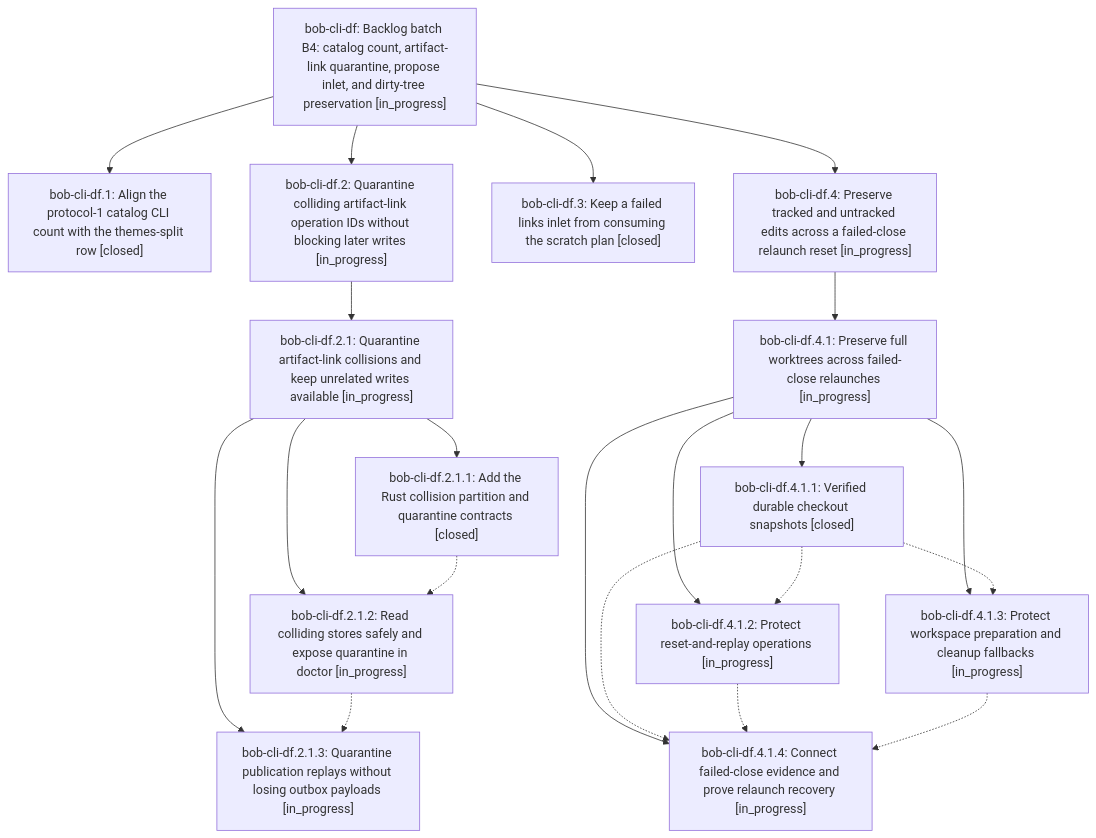
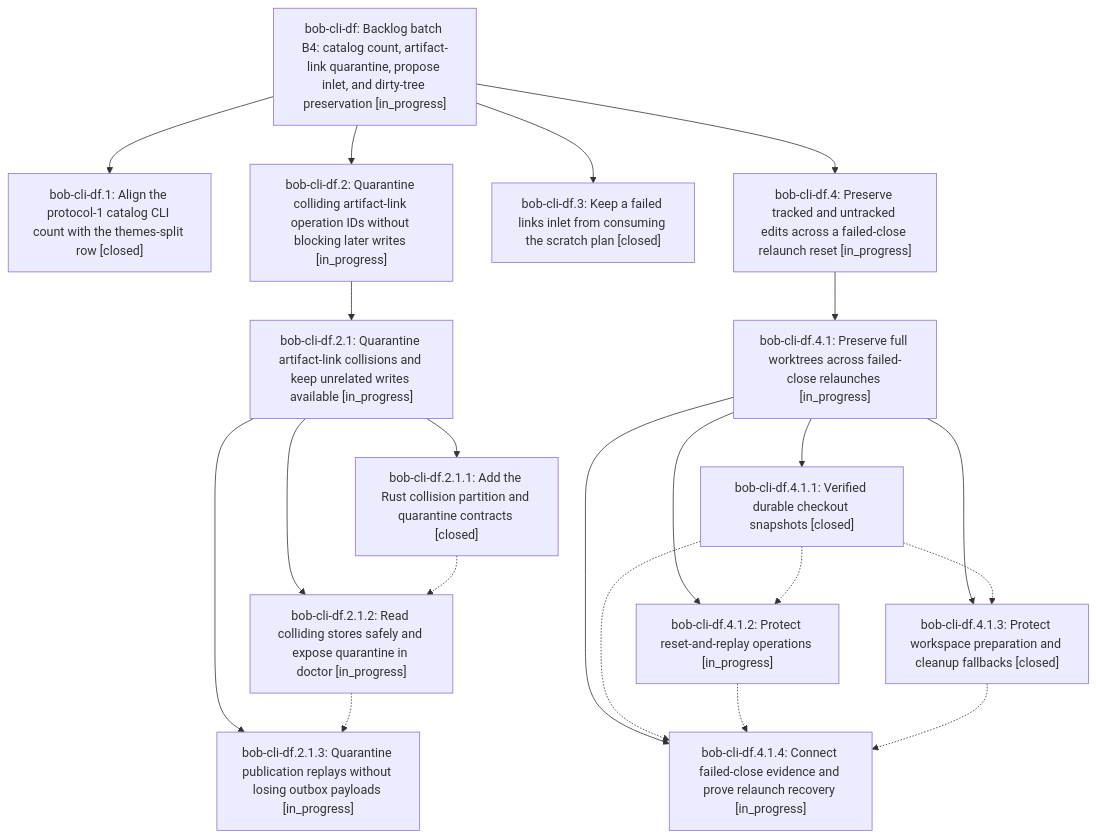
The diagram in pages/bob-cli-df/README.md (bobs-org/bob-cli--beads), drawn with Mermaid before and after one commit. The commit also changed other lines of this file and 8 other files, not shown here.

First line of the commit message:
chore(beads): sync bead state and pages for bob-cli-df

````diff
--- a/pages/bob-cli-df/README.md
+++ b/pages/bob-cli-df/README.md
@@ -39,37 +39,37 @@
 ```mermaid
 flowchart TD
     n0["bob-cli-df: Backlog batch B4: catalog count, artifact-link quarantine, propose inlet, and dirty-tree preservation [in_progress]"]
     n1["bob-cli-df.1: Align the protocol-1 catalog CLI count with the themes-split row [closed]"]
     n2["bob-cli-df.2: Quarantine colliding artifact-link operation IDs without blocking later writes [in_progress]"]
     n3["bob-cli-df.2.1: Quarantine artifact-link collisions and keep unrelated writes available [in_progress]"]
     n4["bob-cli-df.2.1.1: Add the Rust collision partition and quarantine contracts [closed]"]
     n5["bob-cli-df.2.1.2: Read colliding stores safely and expose quarantine in doctor [in_progress]"]
     n6["bob-cli-df.2.1.3: Quarantine publication replays without losing outbox payloads [in_progress]"]
     n7["bob-cli-df.3: Keep a failed links inlet from consuming the scratch plan [closed]"]
     n8["bob-cli-df.4: Preserve tracked and untracked edits across a failed-close relaunch reset [in_progress]"]
     n9["bob-cli-df.4.1: Preserve full worktrees across failed-close relaunches [in_progress]"]
     n10["bob-cli-df.4.1.1: Verified durable checkout snapshots [closed]"]
     n11["bob-cli-df.4.1.2: Protect reset-and-replay operations [in_progress]"]
-    n12["bob-cli-df.4.1.3: Protect workspace preparation and cleanup fallbacks [in_progress]"]
+    n12["bob-cli-df.4.1.3: Protect workspace preparation and cleanup fallbacks [closed]"]
     n13["bob-cli-df.4.1.4: Connect failed-close evidence and prove relaunch recovery [in_progress]"]
     n0 --> n1
     n0 --> n2
     n2 --> n3
     n3 --> n4
     n3 --> n5
     n3 --> n6
     n0 --> n7
     n0 --> n8
     n8 --> n9
     n9 --> n10
     n9 --> n11
     n9 --> n12
     n9 --> n13
     n4 -.-> n5
     n5 -.-> n6
     n10 -.-> n11
     n10 -.-> n12
     n10 -.-> n13
     n11 -.-> n13
     n12 -.-> n13
 ```
````
